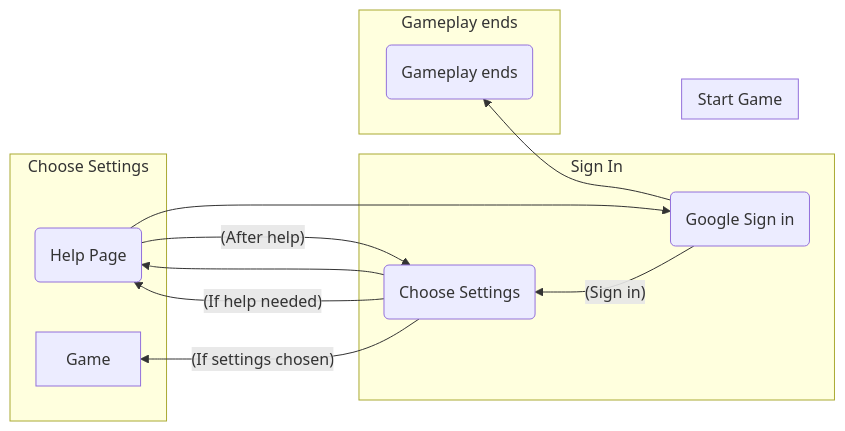
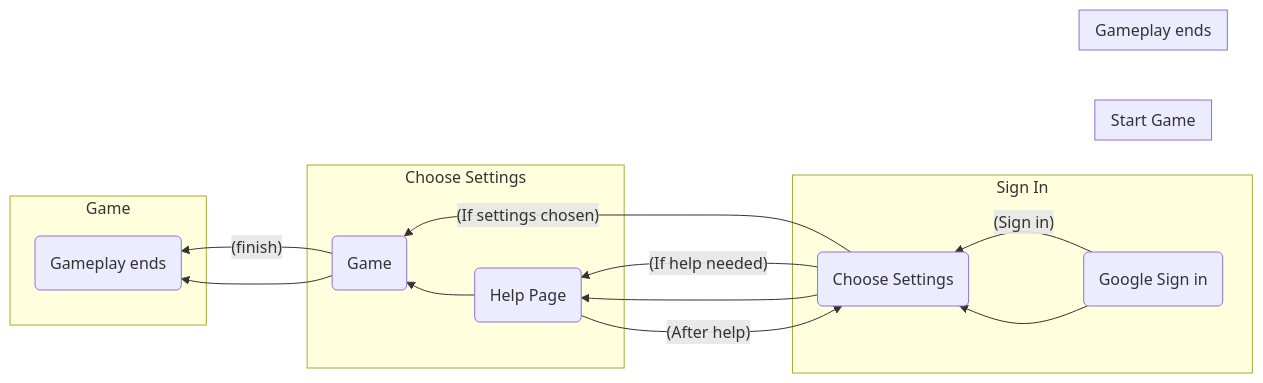
One commit to JaimeZepeda08/SixOfBadgers changed the third of 3 diagrams in README.md. Above: the diagram before and after it, drawn with Mermaid.

````diff
--- a/README.md
+++ b/README.md
@@ -223,27 +223,33 @@
 ```mermaid
 flowchart RL
 
 subgraph "Sign In"
-    C(Google Sign in)
-    C --(Sign in)--> A
+    A(Google Sign in)
+    A --(Sign in)--> B
 end
 
 subgraph "Start Game"
-    A(Choose Settings)
+    B(Choose Settings)
 end
 
 subgraph "Choose Settings"
-    B(Help Page)
-    A --(If help needed)--> B
-    B --(After help)--> A
-    A --(If settings chosen)--> Game
+    C(Help Page)
+    B --(If help needed)--> C
+    C --(After help)--> B
+    B --(If settings chosen)--> D
+end
+
+subgraph "Game"
+    D(Game)
+    D --(finish)--> E
 end
 
 subgraph "Gameplay ends"
-    D(Gameplay ends)
+    E(Gameplay ends)
 end
 
 A --> B
 B --> C
 C --> D
+D --> E
 ```
````
